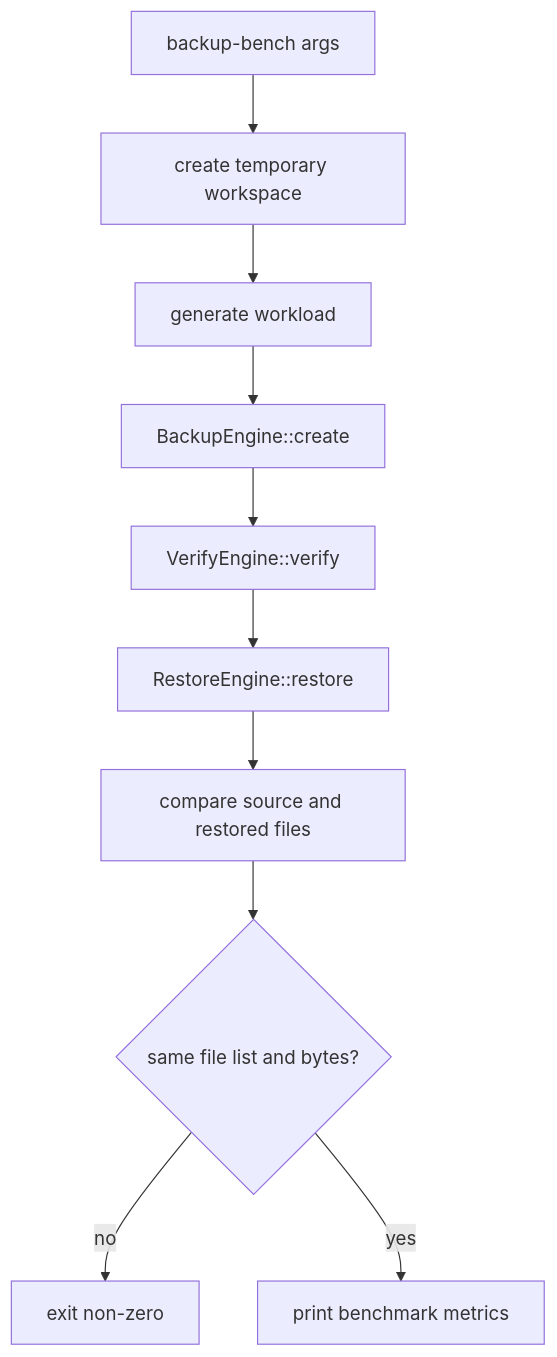
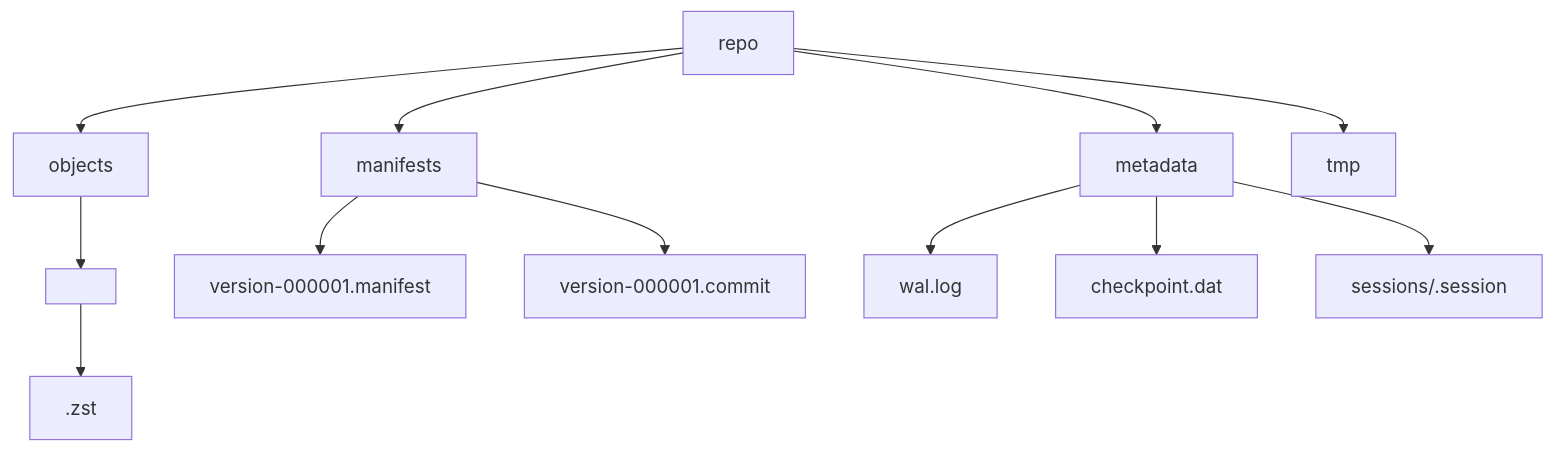
One commit to JiaChangGit/cpp-data-protection-core changed the seventh of 7 diagrams in docs/diagrams.md. Above: the diagram before and after it, drawn with Mermaid. The commit also changed other lines of this file and 23 other files, not shown here.

````diff
--- a/docs/diagrams.md
+++ b/docs/diagrams.md
@@ -350,12 +192,14 @@
 ```mermaid
 flowchart TD
-    Args["backup-bench args"] --> Temp["create temporary workspace"]
-    Temp --> Workload["generate workload"]
-    Workload --> Backup["BackupEngine::create"]
-    Backup --> Verify["VerifyEngine::verify"]
-    Verify --> Restore["RestoreEngine::restore"]
-    Restore --> Compare["compare source and restored files"]
-    Compare --> Pass{"same file list and bytes?"}
-    Pass -- "no" --> Error["exit non-zero"]
-    Pass -- "yes" --> Metrics["print benchmark metrics"]
+    Repo["repo"] --> Objects["objects"]
+    Objects --> Prefix["<first-two-hex>"]
+    Prefix --> Zst["<sha256>.zst"]
+    Repo --> Manifests["manifests"]
+    Manifests --> Manifest["version-000001.manifest"]
+    Manifests --> Commit["version-000001.commit"]
+    Repo --> Metadata["metadata"]
+    Metadata --> WAL["wal.log"]
+    Metadata --> Checkpoint["checkpoint.dat"]
+    Metadata --> Sessions["sessions/<hex-session-id>.session"]
+    Repo --> Tmp["tmp"]
 ```
````
